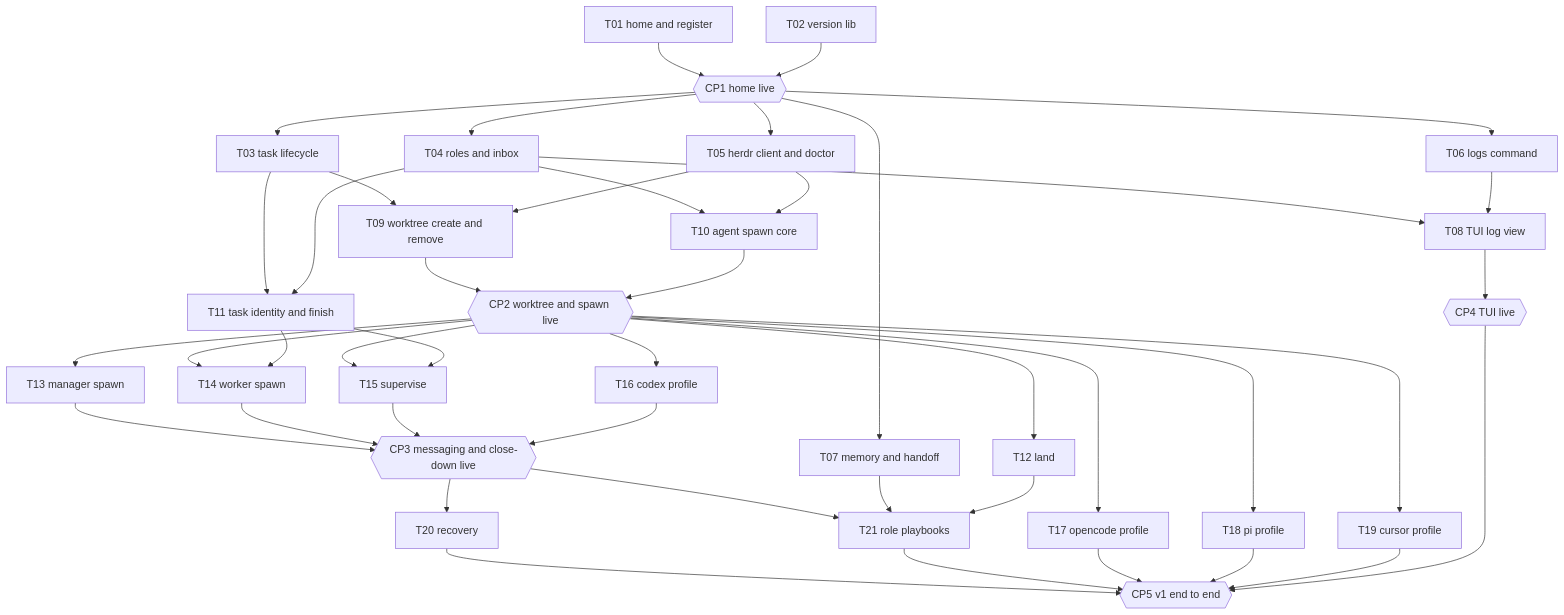
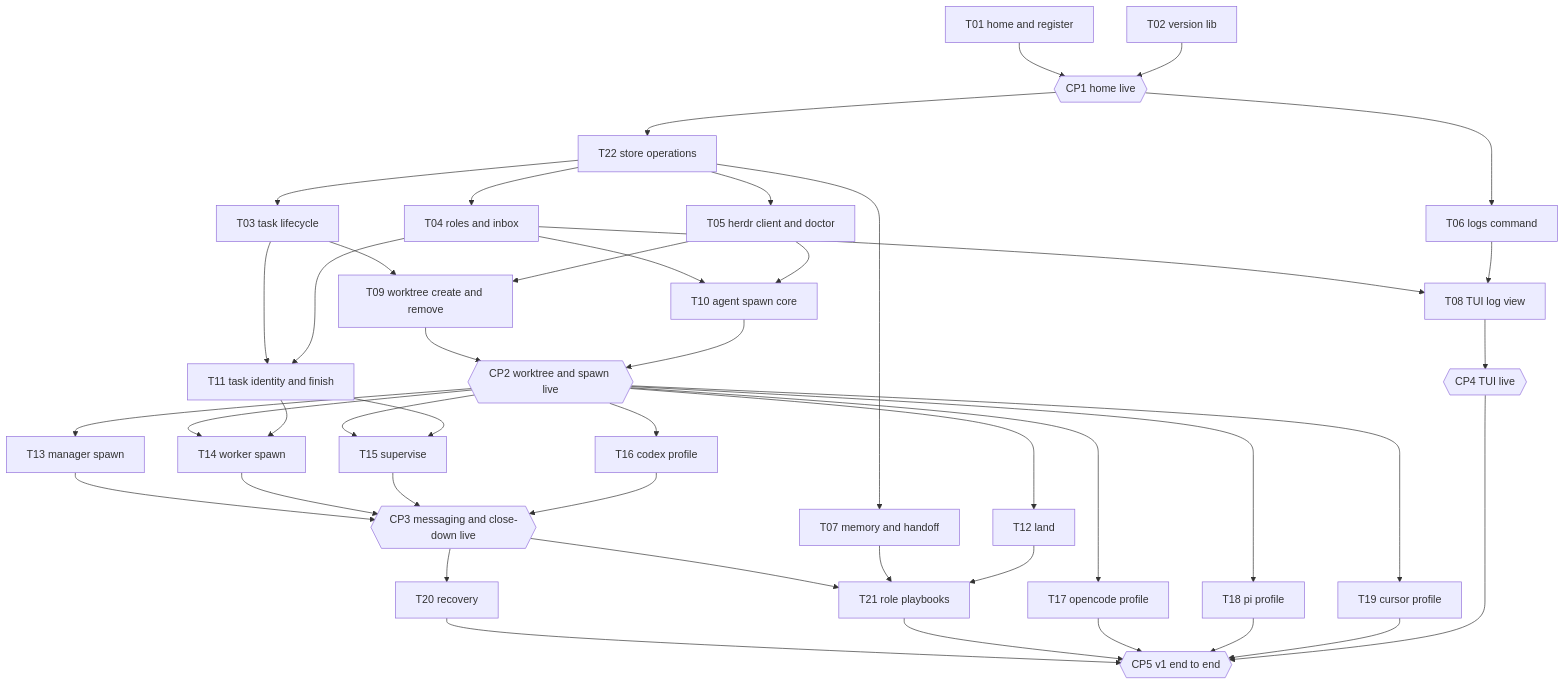
Before and after one commit to Harrison-Blair/hive: the diagram in spec/hive-v1/05-tracker.md, drawn with Mermaid. The commit also changed other lines of this file and 8 other files, not shown here.

````diff
--- a/spec/hive-v1/05-tracker.md
+++ b/spec/hive-v1/05-tracker.md
@@ -38,45 +38,46 @@
 ```mermaid
 flowchart TD
     T01["T01 home and register"] --> CP1{{"CP1 home live"}}
     T02["T02 version lib"] --> CP1
-    CP1 --> T03["T03 task lifecycle"]
-    CP1 --> T04["T04 roles and inbox"]
-    CP1 --> T05["T05 herdr client and doctor"]
+    CP1 --> T22["T22 store operations"]
     CP1 --> T06["T06 logs command"]
-    CP1 --> T07["T07 memory and handoff"]
+    T22 --> T03["T03 task lifecycle"]
+    T22 --> T04["T04 roles and inbox"]
+    T22 --> T05["T05 herdr client and doctor"]
+    T22 --> T07["T07 memory and handoff"]
     T04 --> T08["T08 TUI log view"]
     T06 --> T08
     T03 --> T09["T09 worktree create and remove"]
     T05 --> T09
     T04 --> T10["T10 agent spawn core"]
     T05 --> T10
     T03 --> T11["T11 task identity and finish"]
     T04 --> T11
     T08 --> CP4{{"CP4 TUI live"}}
     T09 --> CP2{{"CP2 worktree and spawn live"}}
     T10 --> CP2
     CP2 --> T12["T12 land"]
     CP2 --> T13["T13 manager spawn"]
     CP2 --> T14["T14 worker spawn"]
     T11 --> T14
     CP2 --> T15["T15 supervise"]
     T11 --> T15
     CP2 --> T16["T16 codex profile"]
     CP2 --> T17["T17 opencode profile"]
     CP2 --> T18["T18 pi profile"]
     CP2 --> T19["T19 cursor profile"]
     T13 --> CP3{{"CP3 messaging and close-down live"}}
     T14 --> CP3
     T15 --> CP3
     T16 --> CP3
     CP3 --> T20["T20 recovery"]
     CP3 --> T21["T21 role playbooks"]
     T07 --> T21
     T12 --> T21
     T20 --> CP5{{"CP5 v1 end to end"}}
     T21 --> CP5
     T17 --> CP5
     T18 --> CP5
     T19 --> CP5
     CP4 --> CP5
 ```
````
